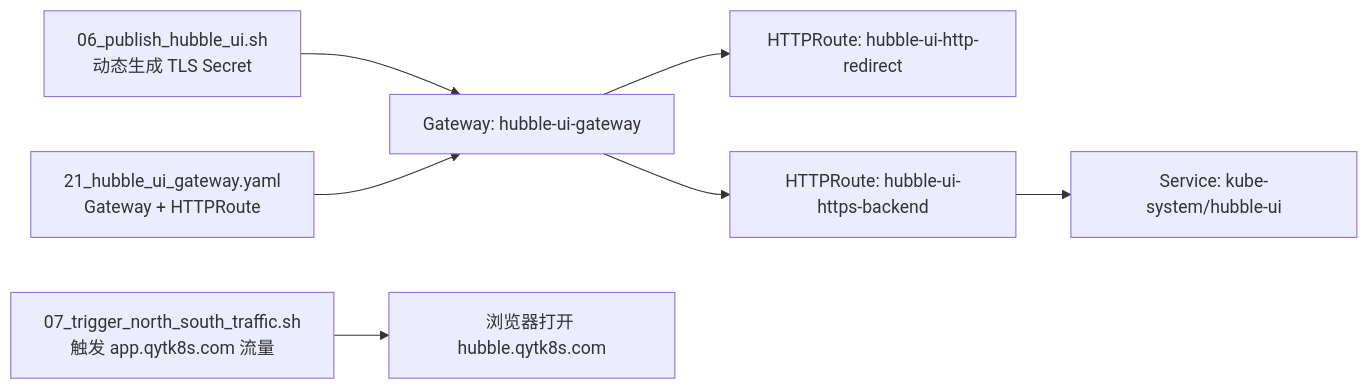
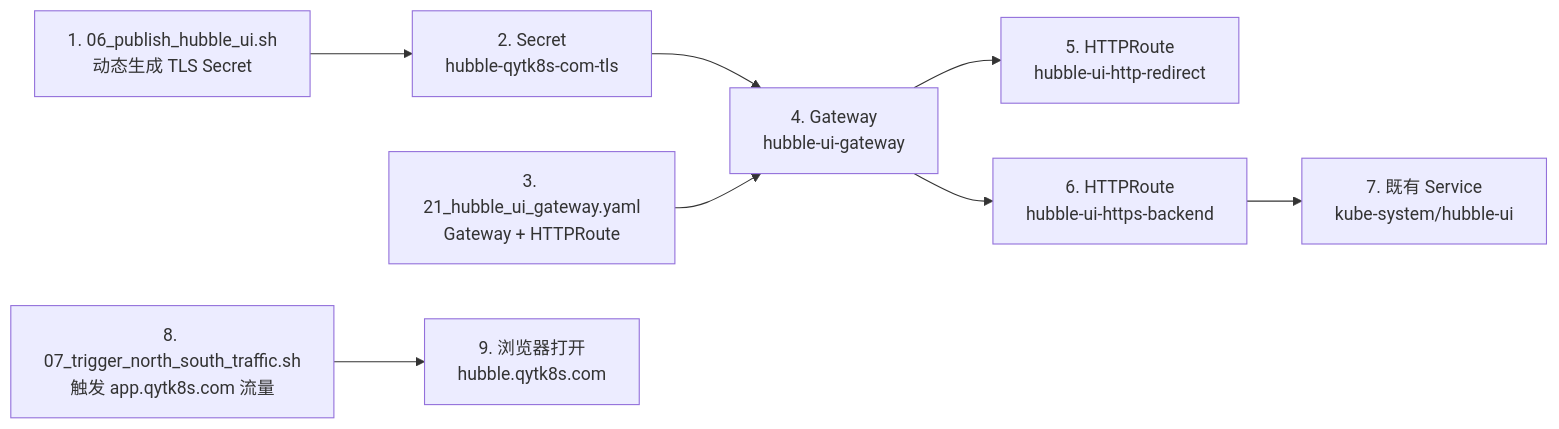
One commit to hwang-protocol/docker_k8s_2026 changed the second of 2 diagrams in k8s/03-north-south-traffic/docs/07_publish_hubble_ui.md. Above: the diagram before and after it, drawn with Mermaid. The commit also changed other lines of this file, not shown here.

````diff
--- a/k8s/03-north-south-traffic/docs/07_publish_hubble_ui.md
+++ b/k8s/03-north-south-traffic/docs/07_publish_hubble_ui.md
@@ -78,18 +52,20 @@
 ```mermaid
 flowchart LR
-  cert["06_publish_hubble_ui.sh<br/>动态生成 TLS Secret"]
-  gwyaml["21_hubble_ui_gateway.yaml<br/>Gateway + HTTPRoute"]
-  gw["Gateway: hubble-ui-gateway"]
-  route1["HTTPRoute: hubble-ui-http-redirect"]
-  route2["HTTPRoute: hubble-ui-https-backend"]
-  svc["Service: kube-system/hubble-ui"]
-  trigger["07_trigger_north_south_traffic.sh<br/>触发 app.qytk8s.com 流量"]
-  ui["浏览器打开 hubble.qytk8s.com"]
+  cert["1. 06_publish_hubble_ui.sh<br/>动态生成 TLS Secret"]
+  secret["2. Secret<br/>hubble-qytk8s-com-tls"]
+  gwyaml["3. 21_hubble_ui_gateway.yaml<br/>Gateway + HTTPRoute"]
+  gw["4. Gateway<br/>hubble-ui-gateway"]
+  route1["5. HTTPRoute<br/>hubble-ui-http-redirect"]
+  route2["6. HTTPRoute<br/>hubble-ui-https-backend"]
+  svc["7. 既有 Service<br/>kube-system/hubble-ui"]
+  trigger["8. 07_trigger_north_south_traffic.sh<br/>触发 app.qytk8s.com 流量"]
+  ui["9. 浏览器打开<br/>hubble.qytk8s.com"]
 
-  cert --> gw
+  cert --> secret
+  secret --> gw
   gwyaml --> gw
   gw --> route1
   gw --> route2
   route2 --> svc
   trigger --> ui
 ```
````
